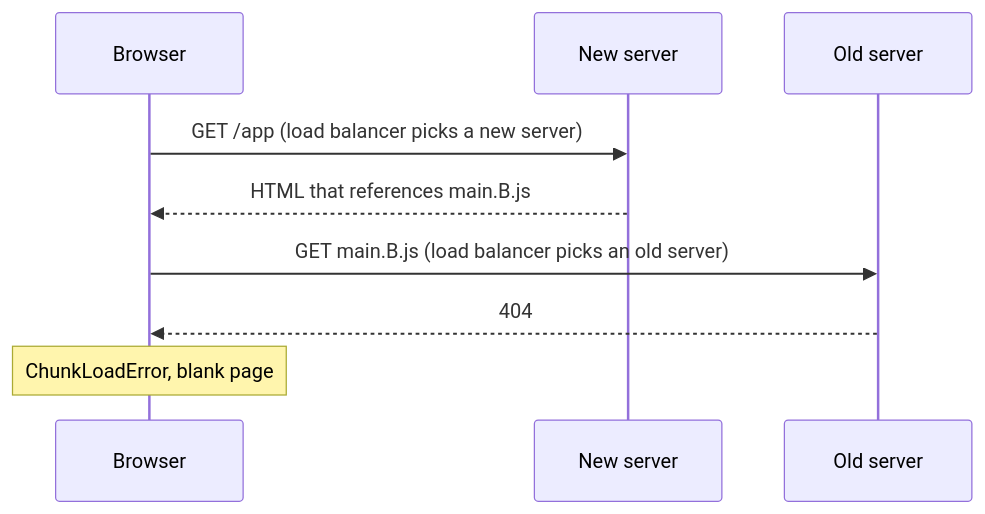
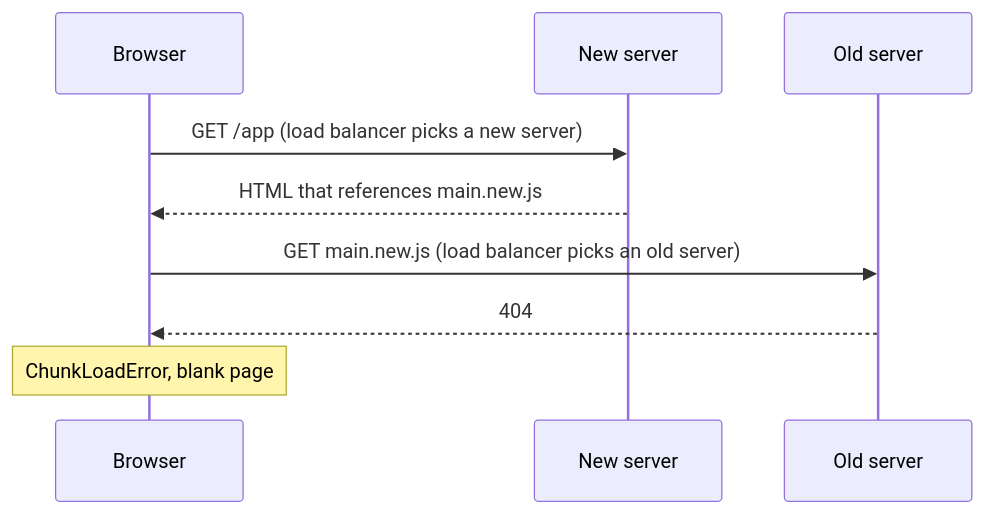
The first of 2 diagrams in content/posts/zero-downtime-django-deploys-static-asset-cdn.md (johnnymetz/johnny-metz-blog), drawn with Mermaid before and after one commit. The commit also changed other lines of this file, not shown here.

````diff
--- a/content/posts/zero-downtime-django-deploys-static-asset-cdn.md
+++ b/content/posts/zero-downtime-django-deploys-static-asset-cdn.md
@@ -32,11 +32,11 @@
 ```mermaid
 sequenceDiagram
   participant Browser
   participant New as New server
   participant Old as Old server
   Browser->>New: GET /app (load balancer picks a new server)
-  New-->>Browser: HTML that references main.B.js
-  Browser->>Old: GET main.B.js (load balancer picks an old server)
+  New-->>Browser: HTML that references main.new.js
+  Browser->>Old: GET main.new.js (load balancer picks an old server)
   Old-->>Browser: 404
   Note over Browser: ChunkLoadError, blank page
 ```
````
